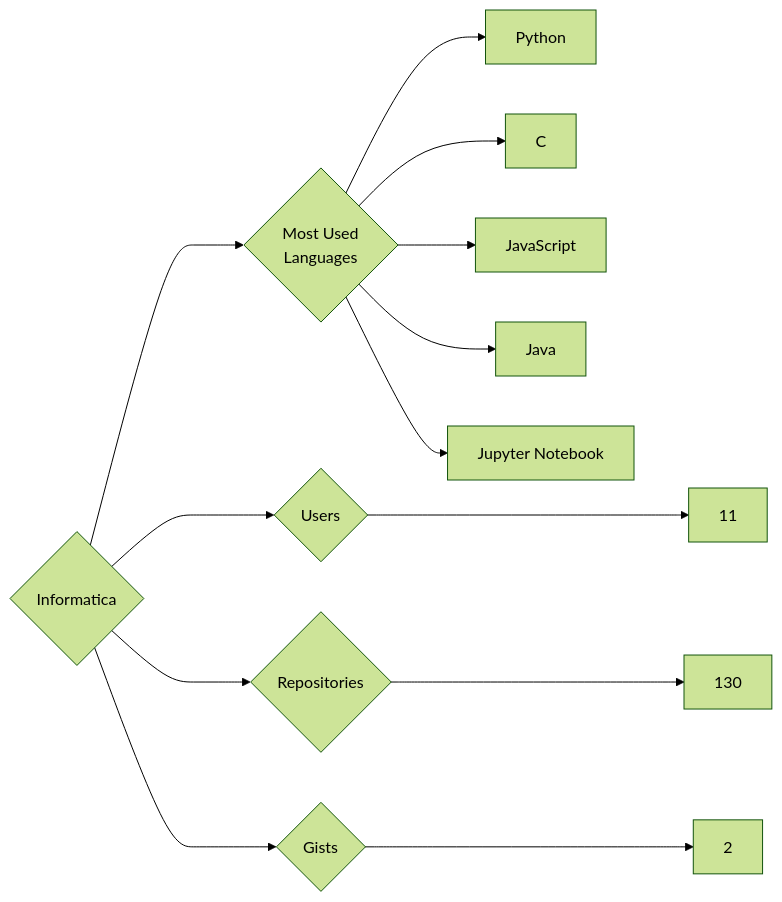
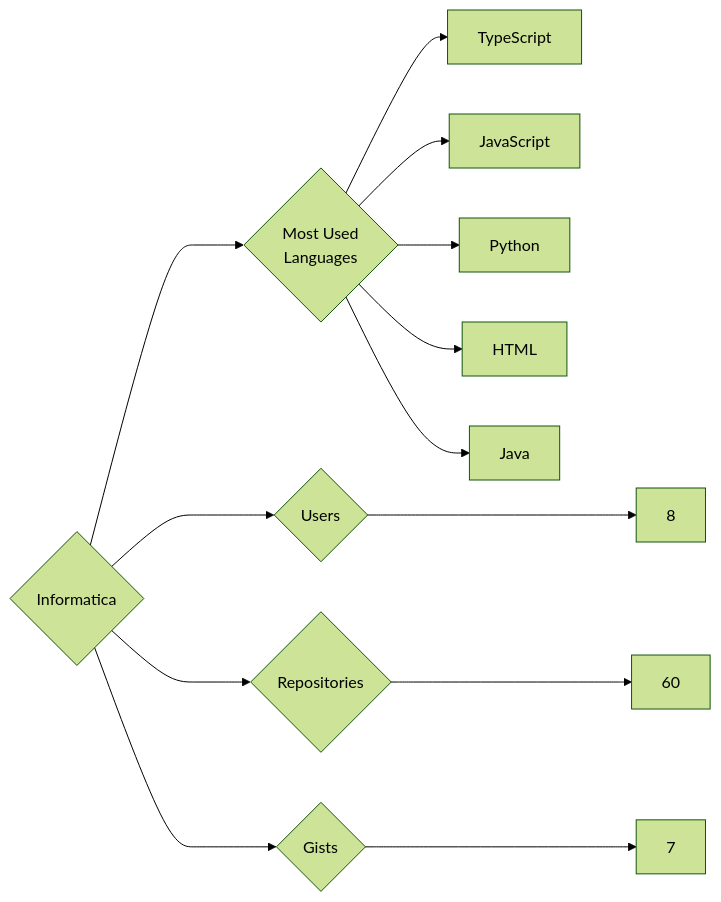
Before and after one commit to trickest/insiders: the diagram in targets/Informatica/README.md, drawn with Mermaid (forest theme). The commit also changed 1148 other files, not shown here.

````diff
--- a/targets/Informatica/README.md
+++ b/targets/Informatica/README.md
@@ -3,13 +3,13 @@
 ```mermaid
 graph LR
 COMPANY_NAME{Informatica}
-COMPANY_NAME ---> U{Users} ---> UN[11]
-COMPANY_NAME ---> R{Repositories} ---> RN[130]
-COMPANY_NAME ---> G{Gists} ---> GN[2]
+COMPANY_NAME ---> U{Users} ---> UN[8]
+COMPANY_NAME ---> R{Repositories} ---> RN[60]
+COMPANY_NAME ---> G{Gists} ---> GN[7]
 COMPANY_NAME ---> ML{Most Used<br>Languages}
+ML --> TypeScript[TypeScript]
+ML --> JavaScript[JavaScript]
 ML --> Python[Python]
-ML --> C[C]
-ML --> JavaScript[JavaScript]
+ML --> HTML[HTML]
 ML --> Java[Java]
-ML --> Jupyter_Notebook[Jupyter Notebook]
 ```
````
